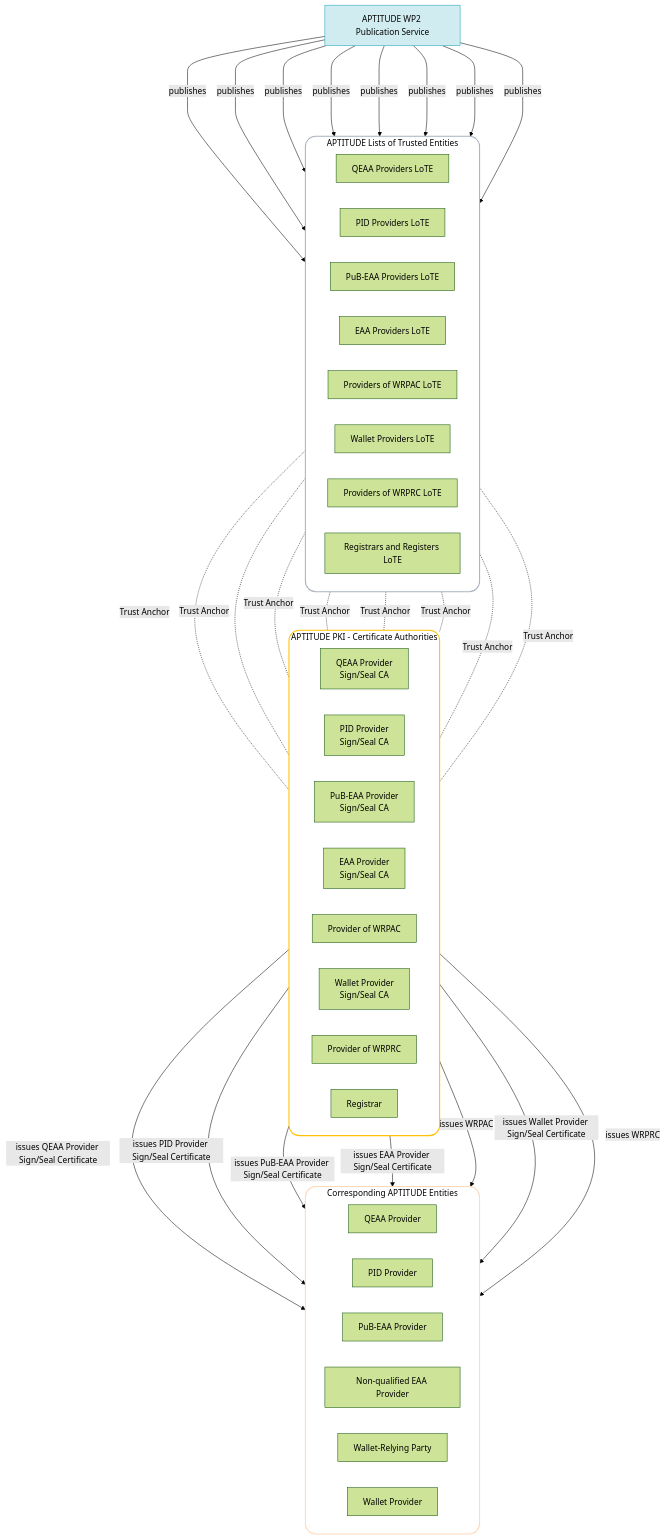
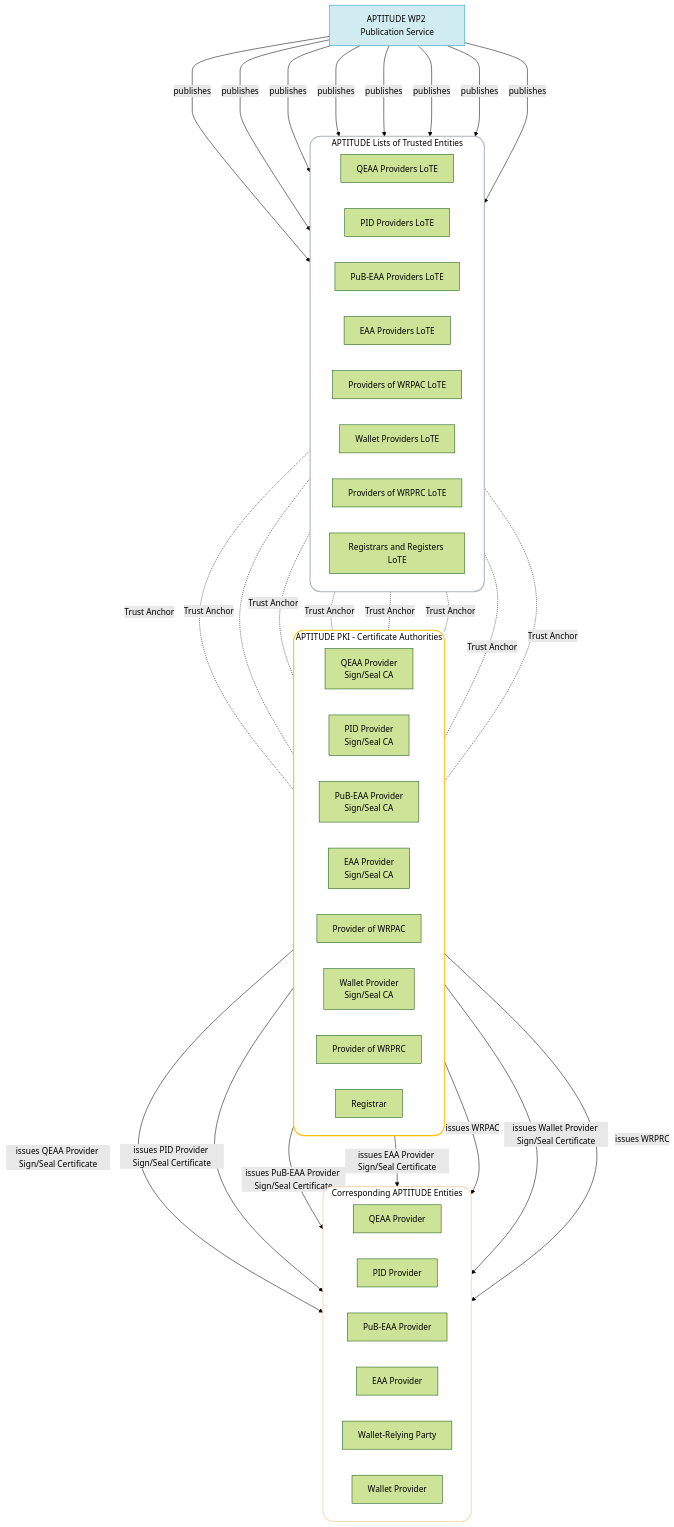
The second of 3 diagrams in docs/topics/trust-architecture.md (APTITUDE-Consortium/wp2-trust-specifications), drawn with Mermaid (forest theme) before and after one commit. The commit also changed other lines of this file and 7 other files, not shown here.

````diff
--- a/docs/topics/trust-architecture.md
+++ b/docs/topics/trust-architecture.md
@@ -63,69 +63,69 @@
 ```mermaid
 flowchart TB
     PubSvc["APTITUDE WP2 Publication Service"]:::publication
 
     subgraph Lists["APTITUDE Lists of Trusted Entities"]
         direction LR
         QEAA_L["QEAA Providers LoTE"]
         PID_L["PID Providers LoTE"]
         PuBEAA_L["PuB-EAA Providers LoTE"]
         EAA_L["EAA Providers LoTE"]
         WRPAC_L["Providers of WRPAC LoTE"]
         Wallet_L["Wallet Providers LoTE"]
         WRPRC_L["Providers of WRPRC LoTE"]
         Registrar_L["Registrars and Registers LoTE"]
     end
 
     subgraph PKI["APTITUDE PKI - Certificate Authorities"]
         direction LR
         QEAA_CA["QEAA Provider<br/>Sign/Seal CA"]
         PID_CA["PID Provider<br/>Sign/Seal CA"]
         PuBEAA_CA["PuB-EAA Provider<br/>Sign/Seal CA"]
         EAA_CA["EAA Provider<br/>Sign/Seal CA"]
         WRPAC_CA["Provider of WRPAC"]
         Wallet_CA["Wallet Provider<br/>Sign/Seal CA"]
         WRPRC_CA["Provider of WRPRC"]
         Registrar_CA["Registrar"]
     end
 
     subgraph Entities["Corresponding APTITUDE Entities"]
         direction LR
         QEAA_Entity["QEAA Provider"]
         PID_Entity["PID Provider"]
         PuBEAA_Entity["PuB-EAA Provider"]
-        EAA_Entity["Non-qualified EAA Provider"]
+        EAA_Entity["EAA Provider"]
         WRP_Entity["Wallet-Relying Party"]
         Wallet_Entity["Wallet Provider"]
     end
 
     PubSvc ---->|"publishes"| QEAA_L
     PubSvc -->|"publishes"| PID_L
     PubSvc -->|"publishes"| PuBEAA_L
     PubSvc -->|"publishes"| EAA_L
     PubSvc -->|"publishes"| WRPAC_L
     PubSvc -->|"publishes"| Wallet_L
     PubSvc -->|"publishes"| WRPRC_L
     PubSvc -->|"publishes"| Registrar_L
 
     QEAA_L -. "Trust Anchor" .- QEAA_CA
     PID_L -. "Trust Anchor" .- PID_CA
     PuBEAA_L -. "Trust Anchor" .- PuBEAA_CA
     EAA_L -. "Trust Anchor" .- EAA_CA
     WRPAC_L -. "Trust Anchor" .- WRPAC_CA
     Wallet_L -. "Trust Anchor" .- Wallet_CA
     WRPRC_L -. "Trust Anchor" .- WRPRC_CA
     Registrar_L -. "Trust Anchor" .- Registrar_CA
 
     QEAA_CA -->|"issues QEAA Provider Sign/Seal Certificate"| QEAA_Entity
     PID_CA -->|"issues PID Provider Sign/Seal Certificate"| PID_Entity
     PuBEAA_CA -->|"issues PuB-EAA Provider Sign/Seal Certificate"| PuBEAA_Entity
     EAA_CA -->|"issues EAA Provider Sign/Seal Certificate"| EAA_Entity
     WRPAC_CA -->|"issues WRPAC"| WRP_Entity
     Wallet_CA -->|"issues Wallet Provider Sign/Seal Certificate"| Wallet_Entity
     WRPRC_CA -->|"issues WRPRC"| WRP_Entity
 
     classDef publication fill:#d1ecf1,stroke:#17a2b8,color:#000;
     style Lists fill:#fff,stroke:#abb2bf,stroke-width:2px,color:#000,rx:20,ry:20
     style PKI fill:#fff,stroke:#ffc107,stroke-width:2px,color:#000,rx:20,ry:20
     style Entities fill:#fff,stroke:#ffdab9,stroke-width:2px,color:#000,rx:20,ry:20
 ```
````
